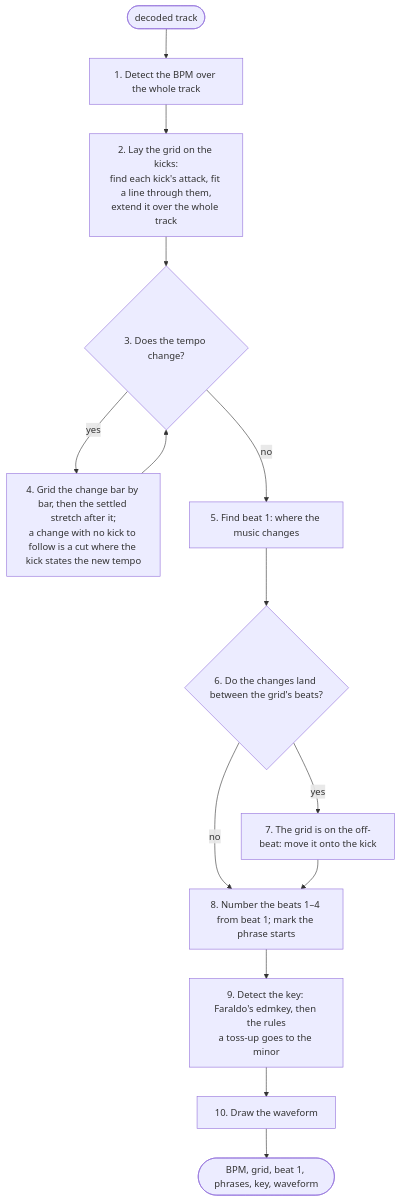
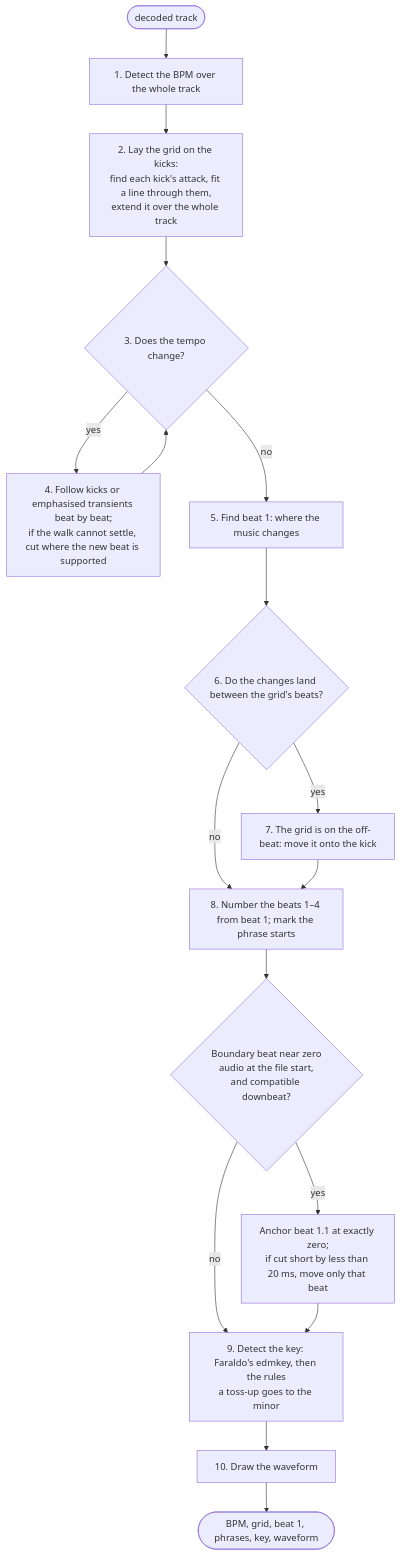
One commit to Wirlax/rbxport changed the diagram in crates/rbl-analysis/README.md. Above: the diagram before and after it, drawn with Mermaid. The commit also changed other lines of this file and 186 other files, not shown here.

````diff
--- a/crates/rbl-analysis/README.md
+++ b/crates/rbl-analysis/README.md
@@ -13,16 +13,19 @@
 ```mermaid
 flowchart TD
     S([decoded track]) --> A[1. Detect the BPM over the whole track]
     A --> B[2. Lay the grid on the kicks:<br/>find each kick's attack, fit a line through them,<br/>extend it over the whole track]
     B --> Q1{3. Does the tempo change?}
-    Q1 -- yes --> C[4. Grid the change bar by bar, then the settled stretch after it;<br/>a change with no kick to follow is a cut where the kick states the new tempo]
+    Q1 -- yes --> C[4. Follow kicks or emphasised transients beat by beat;<br/>if the walk cannot settle, cut where the new beat is supported]
     C --> Q1
     Q1 -- no --> D[5. Find beat 1: where the music changes]
     D --> Q2{6. Do the changes land between the grid's beats?}
     Q2 -- yes --> E[7. The grid is on the off-beat: move it onto the kick]
     Q2 -- no --> F
     E --> F[8. Number the beats 1–4 from beat 1; mark the phrase starts]
-    F --> G[9. Detect the key: Faraldo's edmkey, then the rules<br/>a toss-up goes to the minor]
+    F --> Z{Boundary beat near zero<br/>audio at the file start,<br/>and compatible downbeat?}
+    Z -- yes --> A0[Anchor beat 1.1 at exactly zero;<br/>if cut short by less than 20 ms, move only that beat]
+    Z -- no --> G
+    A0 --> G[9. Detect the key: Faraldo's edmkey, then the rules<br/>a toss-up goes to the minor]
     G --> H[10. Draw the waveform]
     H --> T([BPM, grid, beat 1, phrases, key, waveform])
 ```
````
